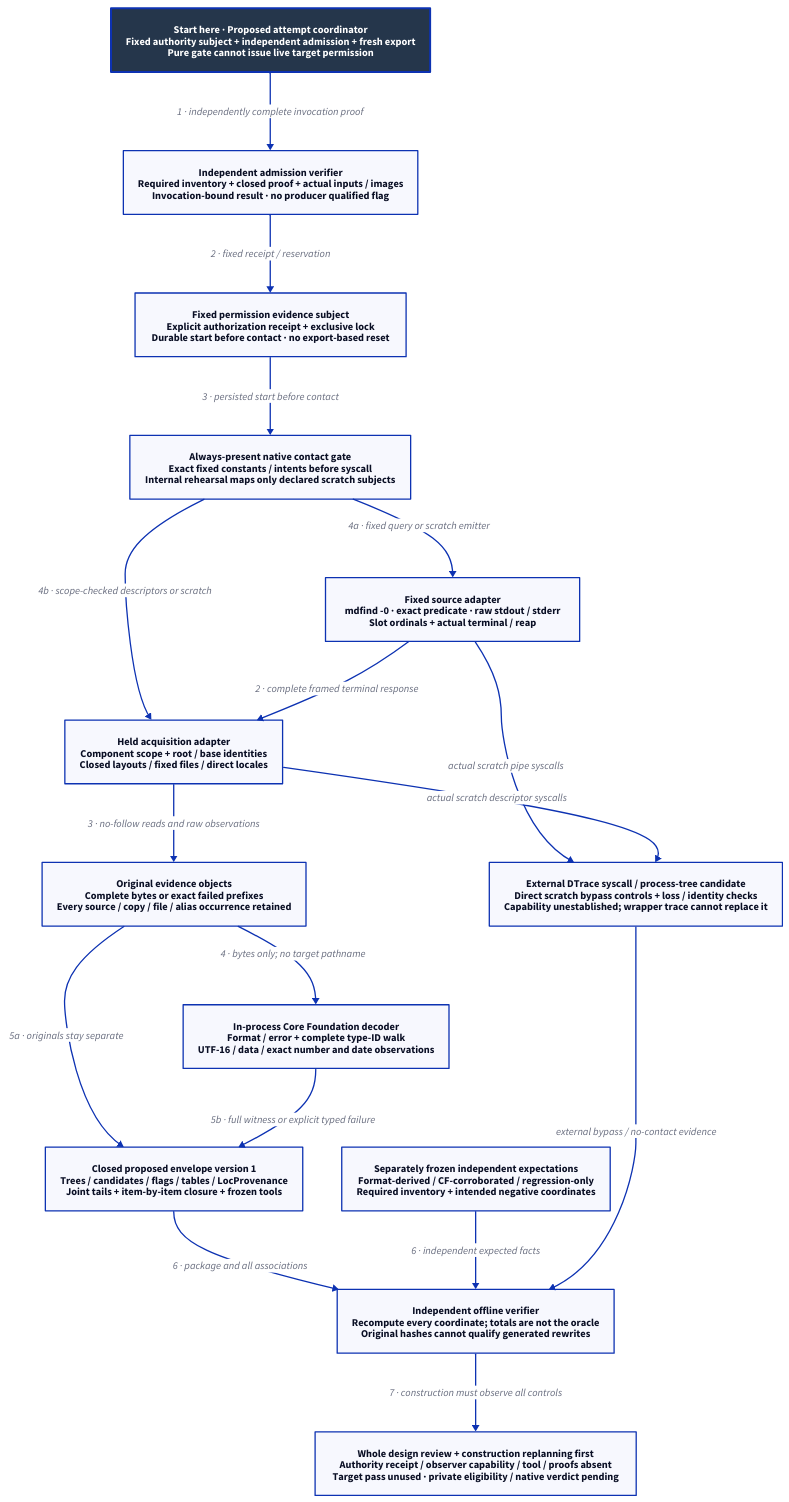
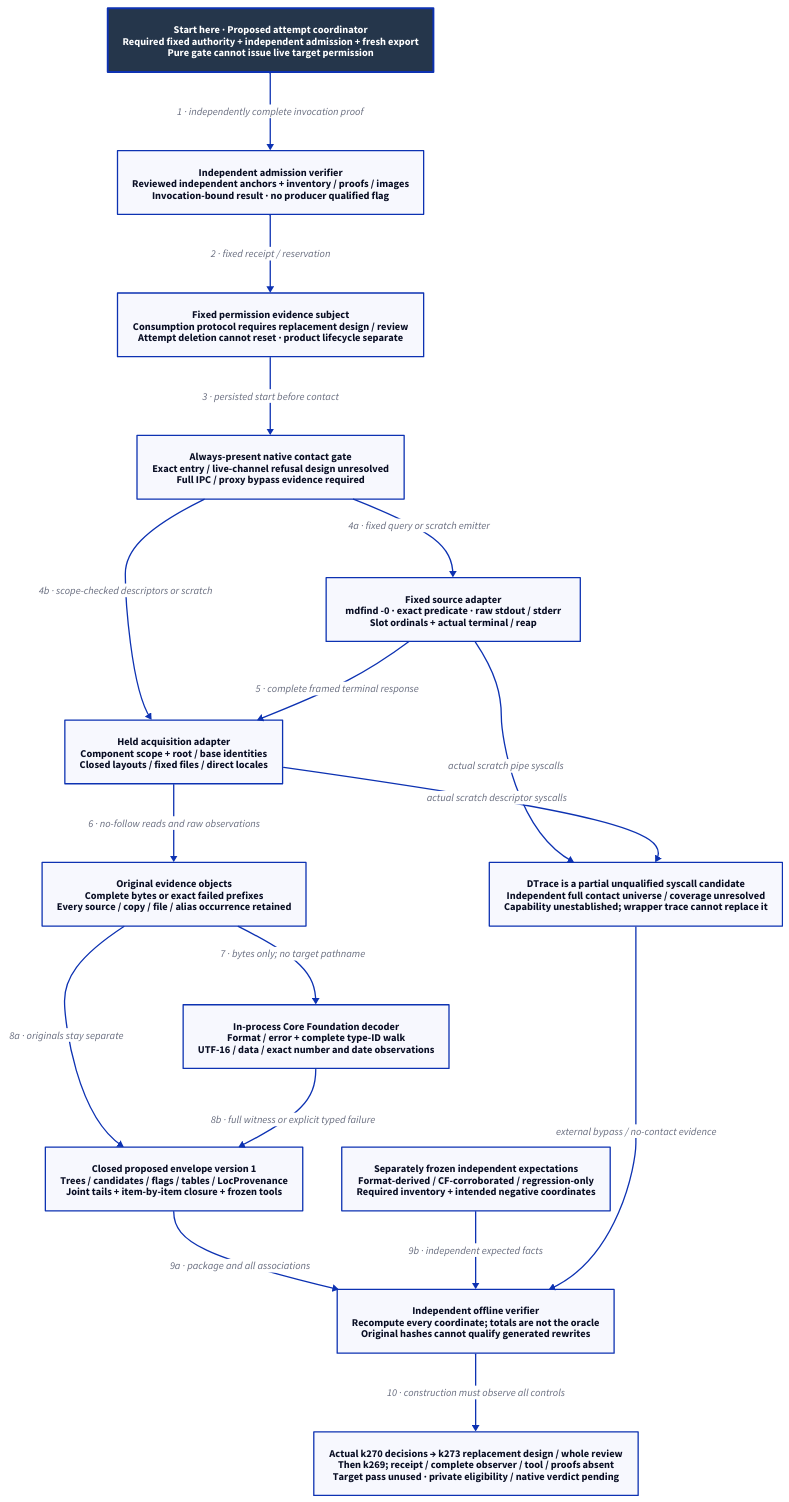
The diagram in docs/design/architecture/native-reference-instrument.d2 (Linkuistics/Koine), drawn with D2 before and after one commit. The commit also changed 45 other files, not shown here.

Commit message:
Integrate admission review and sequence replacement design (reference-evidence-admission-k272)

```diff
--- a/docs/design/architecture/native-reference-instrument.d2
+++ b/docs/design/architecture/native-reference-instrument.d2
@@ -1,34 +1,34 @@
 # Proposed evidence-tool components; none is implemented or qualified by this design.
 direction: down
 classes: {
   start: {style: {fill: "#25364B"; font-color: "#FFFFFF"; bold: true; stroke-width: 3}}
 }
-Start: "Start here · Proposed attempt coordinator\nFixed authority subject + independent admission + fresh export\nPure gate cannot issue live target permission" {class: start}
-Admission: "Independent admission verifier\nRequired inventory + closed proof + actual inputs / images\nInvocation-bound result · no producer qualified flag"
-Authority: "Fixed permission evidence subject\nExplicit authorization receipt + exclusive lock\nDurable start before contact · no export-based reset"
-Gate: "Always-present native contact gate\nExact fixed constants / intents before syscall\nInternal rehearsal maps only declared scratch subjects"
+Start: "Start here · Proposed attempt coordinator\nRequired fixed authority + independent admission + fresh export\nPure gate cannot issue live target permission" {class: start}
+Admission: "Independent admission verifier\nReviewed independent anchors + inventory / proofs / images\nInvocation-bound result · no producer qualified flag"
+Authority: "Fixed permission evidence subject\nConsumption protocol requires replacement design / review\nAttempt deletion cannot reset · product lifecycle separate"
+Gate: "Always-present native contact gate\nExact entry / live-channel refusal design unresolved\nFull IPC / proxy bypass evidence required"
 Source: "Fixed source adapter\nmdfind -0 · exact predicate · raw stdout / stderr\nSlot ordinals + actual terminal / reap"
 Held: "Held acquisition adapter\nComponent scope + root / base identities\nClosed layouts / fixed files / direct locales"
 Objects: "Original evidence objects\nComplete bytes or exact failed prefixes\nEvery source / copy / file / alias occurrence retained"
 Decoder: "In-process Core Foundation decoder\nFormat / error + complete type-ID walk\nUTF-16 / data / exact number and date observations"
 Envelope: "Closed proposed envelope version 1\nTrees / candidates / flags / tables / LocProvenance\nJoint tails + item-by-item closure + frozen tools"
 Oracle: "Separately frozen independent expectations\nFormat-derived / CF-corroborated / regression-only\nRequired inventory + intended negative coordinates"
-Observer: "External DTrace syscall / process-tree candidate\nDirect scratch bypass controls + loss / identity checks\nCapability unestablished; wrapper trace cannot replace it"
+Observer: "DTrace is a partial unqualified syscall candidate\nIndependent full contact universe / coverage unresolved\nCapability unestablished; wrapper trace cannot replace it"
 Verifier: "Independent offline verifier\nRecompute every coordinate; totals are not the oracle\nOriginal hashes cannot qualify generated rewrites"
-Boundary: "Whole design review + construction replanning first\nAuthority receipt / observer capability / tool / proofs absent\nTarget pass unused · private eligibility / native verdict pending"
+Boundary: "Actual k270 decisions → k273 replacement design / whole review\nThen k269; receipt / complete observer / tool / proofs absent\nTarget pass unused · private eligibility / native verdict pending"
 Start -> Admission: "1 · independently complete invocation proof"
 Admission -> Authority: "2 · fixed receipt / reservation"
 Authority -> Gate: "3 · persisted start before contact"
 Gate -> Source: "4a · fixed query or scratch emitter"
 Gate -> Held: "4b · scope-checked descriptors or scratch"
-Source -> Held: "2 · complete framed terminal response"
-Held -> Objects: "3 · no-follow reads and raw observations"
-Objects -> Decoder: "4 · bytes only; no target pathname"
-Objects -> Envelope: "5a · originals stay separate"
-Decoder -> Envelope: "5b · full witness or explicit typed failure"
-Envelope -> Verifier: "6 · package and all associations"
-Oracle -> Verifier: "6 · independent expected facts"
+Source -> Held: "5 · complete framed terminal response"
+Held -> Objects: "6 · no-follow reads and raw observations"
+Objects -> Decoder: "7 · bytes only; no target pathname"
+Objects -> Envelope: "8a · originals stay separate"
+Decoder -> Envelope: "8b · full witness or explicit typed failure"
+Envelope -> Verifier: "9a · package and all associations"
+Oracle -> Verifier: "9b · independent expected facts"
 Source -> Observer: "actual scratch pipe syscalls"
 Held -> Observer: "actual scratch descriptor syscalls"
 Observer -> Verifier: "external bypass / no-contact evidence"
-Verifier -> Boundary: "7 · construction must observe all controls"
+Verifier -> Boundary: "10 · construction must observe all controls"
```
